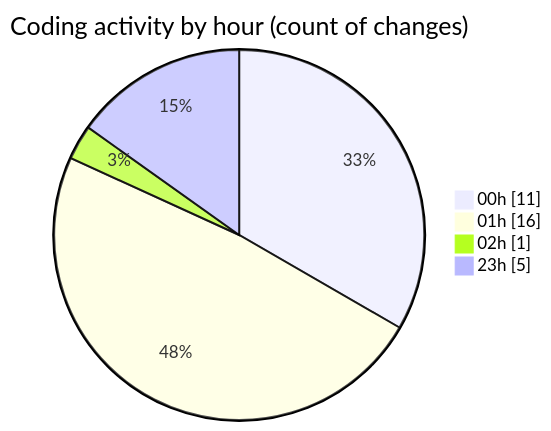
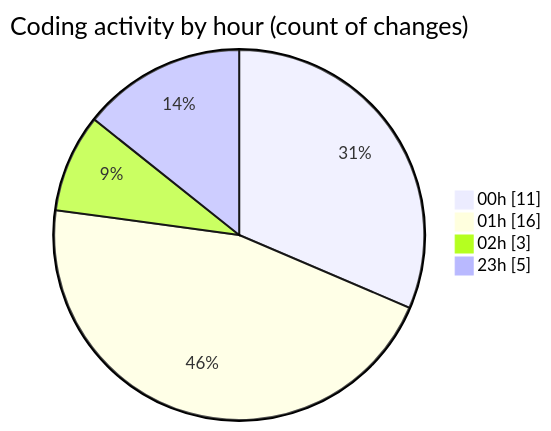
Before and after one commit to Elitesun/code-tracking: the second of 2 diagrams in 2025-02-21/projet/README.md, drawn with Mermaid. The commit also changed other lines of this file and 1 other file, not shown here.

````diff
--- a/2025-02-21/projet/README.md
+++ b/2025-02-21/projet/README.md
@@ -35,8 +36,8 @@
 ```mermaid
 pie showData
 title Coding activity by hour (count of changes)
 "00h" : 11
 "01h" : 16
-"02h" : 1
+"02h" : 3
 "23h" : 5
 ```
````
